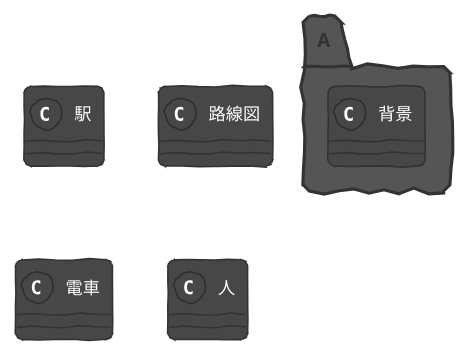
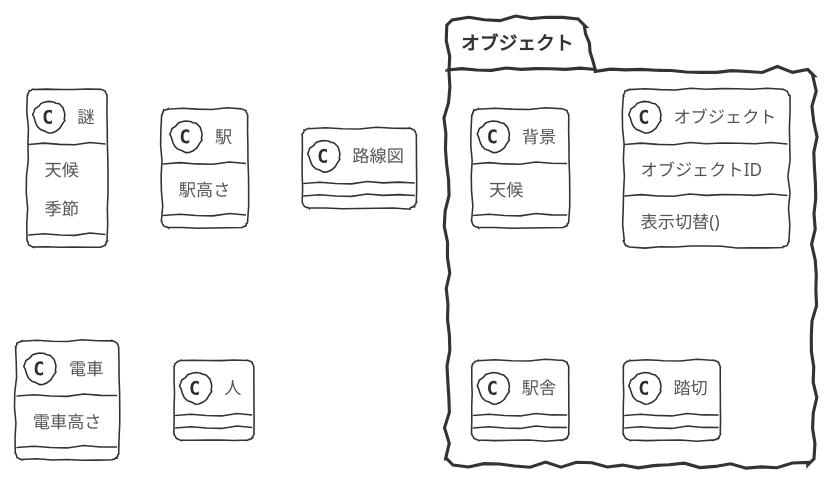
Before and after one commit to ssmxgo/tazawa_prj01: the diagram in tazawa.puml, drawn with PlantUML.

Commit message:
ああ

```diff
--- a/tazawa.puml
+++ b/tazawa.puml
@@ -1,18 +1,37 @@
-@startuml
-!theme sketchy
-
-class 駅 {}
+@startuml まとめ
+!theme sketchy-outline
+class 謎{
+    天候
+    季節
+}
+class 駅 {
+    駅高さ
+    }
 
 class 路線図 {}
 
-class 電車 {}
+class 電車 {
+    電車高さ
+}
 
 class 人 {}
 
-package A{
-class 背景{}
+package オブジェクト{
+class 背景{
+    天候
+
 }
 
+'各風景 駅舎 建築物
+class オブジェクト{
+    オブジェクトID
+    表示切替()
+}
+class 駅舎{}
+class 踏切{}
 
+}
+
+'scratchでコードによるオブジェクト生成/削除できるのか？
 
 @enduml
```
